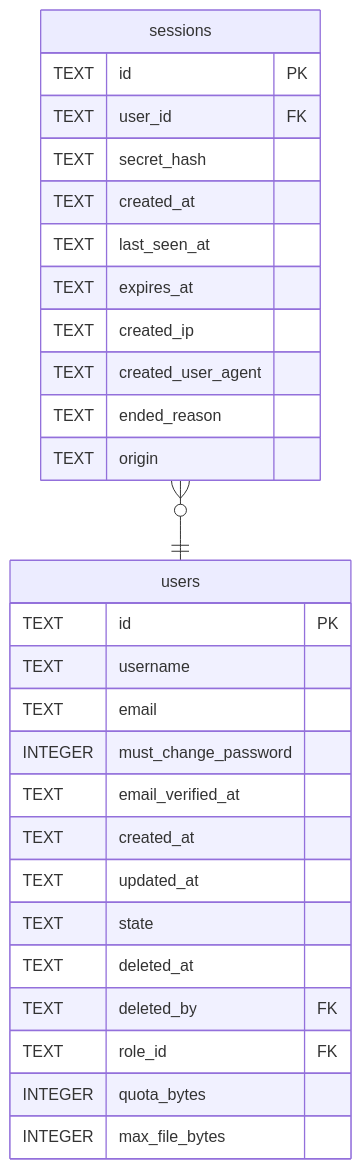
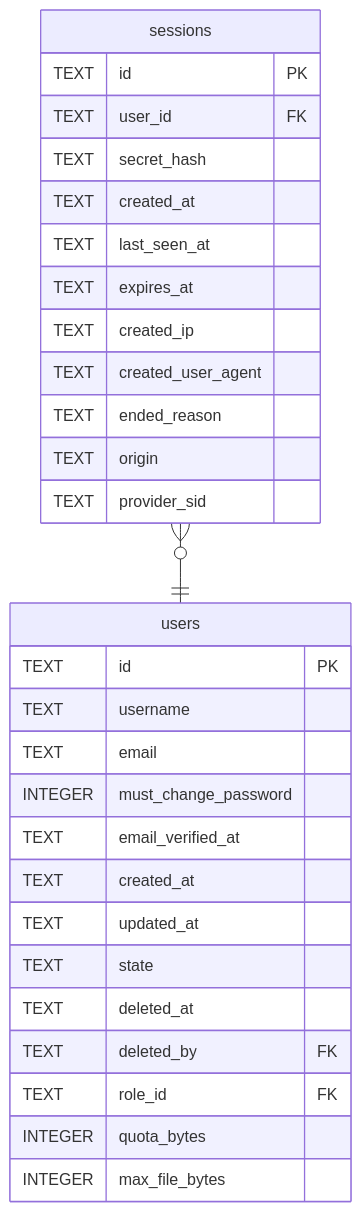
Before and after one commit to Limatura/tessera: the diagram in docs/schema/sessions.md, drawn with Mermaid. The commit also changed other lines of this file and 35 other files, not shown here.

````diff
--- a/docs/schema/sessions.md
+++ b/docs/schema/sessions.md
@@ -58,33 +60,34 @@
 ```mermaid
 erDiagram
 
 "sessions" }o--|| "users" : ""
 
 "sessions" {
   TEXT id PK
   TEXT user_id FK
   TEXT secret_hash
   TEXT created_at
   TEXT last_seen_at
   TEXT expires_at
   TEXT created_ip
   TEXT created_user_agent
   TEXT ended_reason
   TEXT origin
+  TEXT provider_sid
 }
 "users" {
   TEXT id PK
   TEXT username
   TEXT email
   INTEGER must_change_password
   TEXT email_verified_at
   TEXT created_at
   TEXT updated_at
   TEXT state
   TEXT deleted_at
   TEXT deleted_by FK
   TEXT role_id FK
   INTEGER quota_bytes
   INTEGER max_file_bytes
 }
 ```
````
